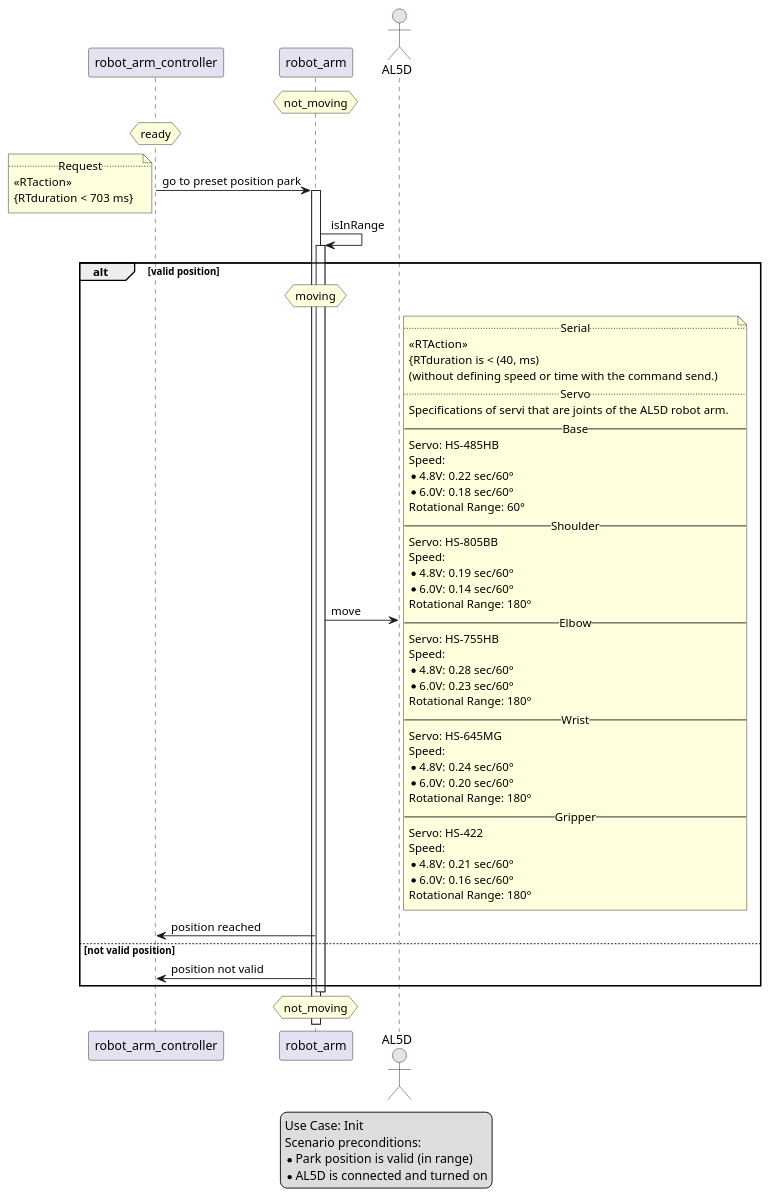
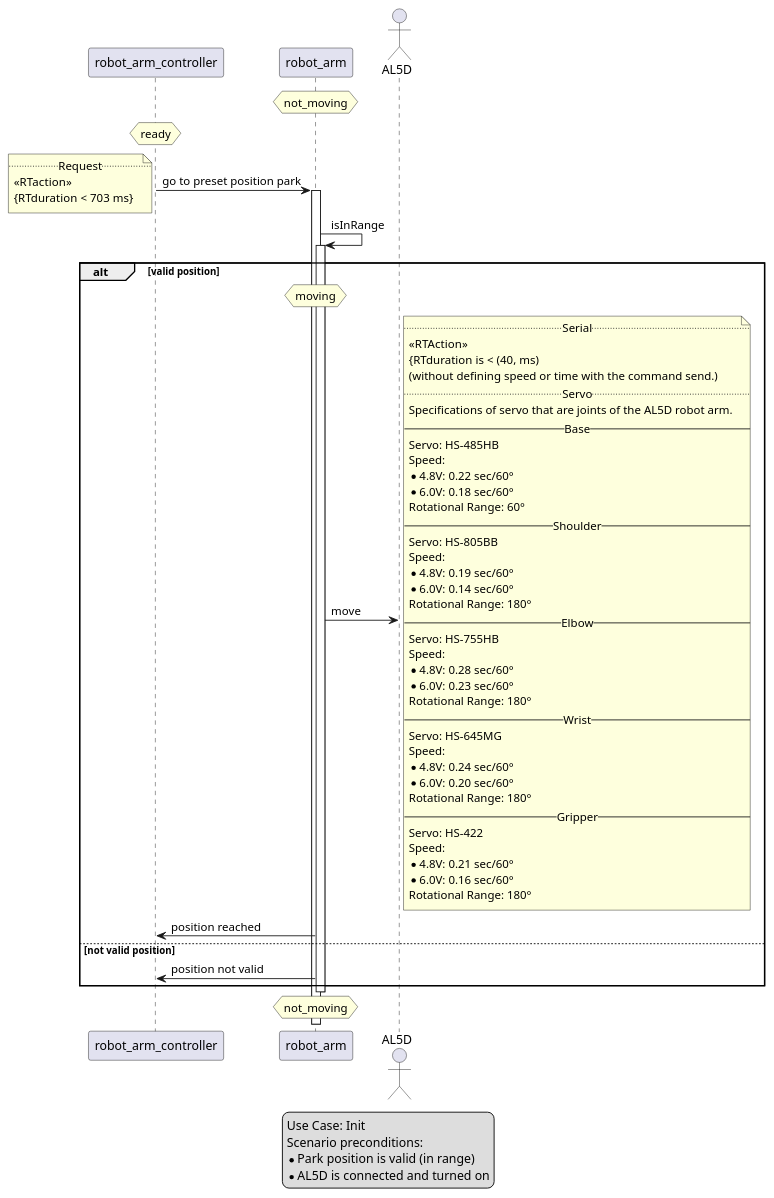
Before and after one commit to muisje/robot_arm_aansturing: the diagram in diagrams/sequenceInit.plantuml, drawn with PlantUML.

Commit message:
spelling error fix

```diff
--- a/diagrams/sequenceInit.plantuml
+++ b/diagrams/sequenceInit.plantuml
@@ -1,79 +1,79 @@
 @startuml init sequence diagram
 
 participant robot_arm_controller
 participant robot_arm
 actor AL5D
 
 ' note "Use Case: Init \n Scenario preconditions: \n- park position valid (in range) \n-AL5D is connected and turned on" AS note_UC
 
 ' note "<<RTAction>>\n { RTduration is < (40, ms)" AS note RT_Action_move
 
 hnote over robot_arm : not_moving
 hnote over robot_arm_controller : ready
 robot_arm_controller -> robot_arm : go to preset position park
 note left 
     ..Request..
     <<RTaction>>
     {RTduration < 703 ms}
 end note
 activate robot_arm
 robot_arm -> robot_arm : isInRange
 activate robot_arm
 alt valid position
     hnote over robot_arm : moving
     robot_arm -> AL5D : move
     note right
         ..Serial..
         <<RTAction>>
         {RTduration is < (40, ms)
         (without defining speed or time with the command send.)
         ..Servo..
-        Specifications of servi that are joints of the AL5D robot arm.
+        Specifications of servo that are joints of the AL5D robot arm.
         --Base--
         Servo: HS-485HB
         Speed:
         * 4.8V: 0.22 sec/60°
         * 6.0V: 0.18 sec/60°
         Rotational Range: 60°
         --Shoulder--
         Servo: HS-805BB
         Speed: 	
         * 4.8V: 0.19 sec/60°
         * 6.0V: 0.14 sec/60°
         Rotational Range: 180°
         --Elbow--
         Servo: HS-755HB
         Speed: 	
         * 4.8V: 0.28 sec/60°
         * 6.0V: 0.23 sec/60°
         Rotational Range: 180°
         --Wrist--
         Servo: HS-645MG
         Speed: 	
         * 4.8V: 0.24 sec/60°
         * 6.0V: 0.20 sec/60°  
         Rotational Range: 180° 
         --Gripper--
         Servo: HS-422
         Speed: 	
         * 4.8V: 0.21 sec/60°
         * 6.0V: 0.16 sec/60°
         Rotational Range: 180° 
     end note
     robot_arm -> robot_arm_controller : position reached
 else not valid position
     robot_arm -> robot_arm_controller : position not valid
 end
 deactivate robot_arm
 hnote over robot_arm : not_moving
 
 
 
 legend
     Use Case: Init 
     Scenario preconditions:
     * Park position is valid (in range) 
     * AL5D is connected and turned on
 end legend
 
 @enduml
```
